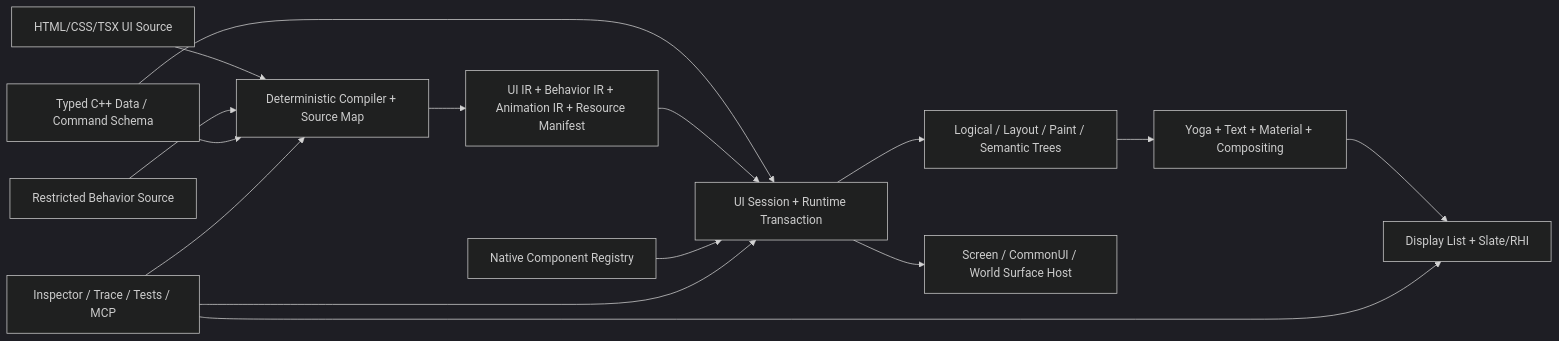
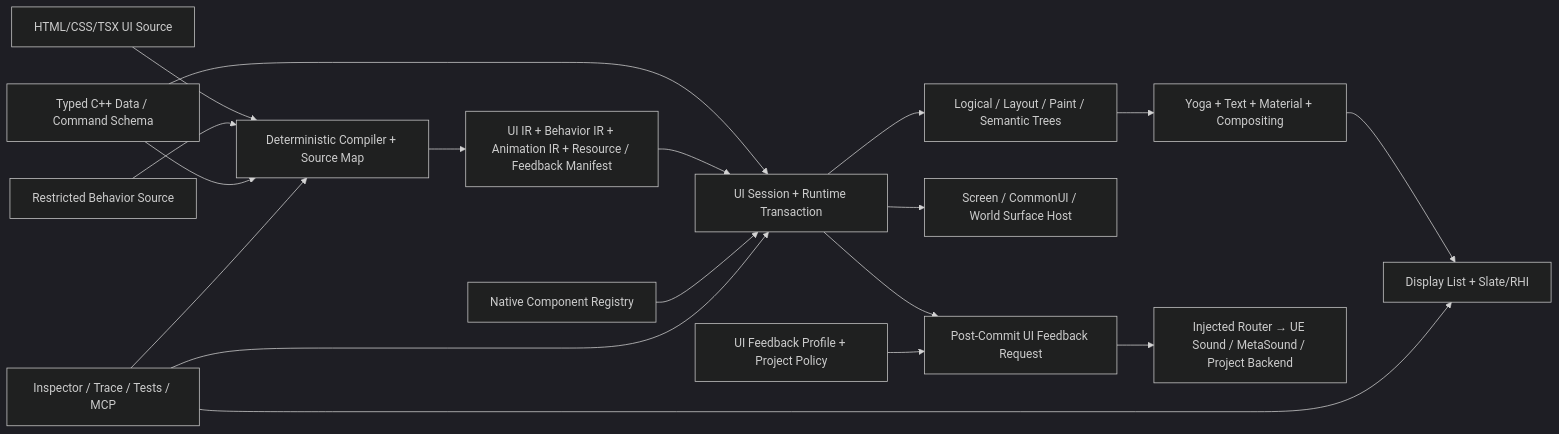
One commit to Dershine/WebToUE changed the diagram in Plugins/WebToUE/Docs/WTUE_TechnicalSummary.md. Above: the diagram before and after it, drawn with Mermaid (dark theme). The commit also changed other lines of this file and 5 other files, not shown here.

Commit message:
docs: add UI feedback architecture roadmap

````diff
--- a/Plugins/WebToUE/Docs/WTUE_TechnicalSummary.md
+++ b/Plugins/WebToUE/Docs/WTUE_TechnicalSummary.md
@@ -151,17 +153,20 @@
 ```mermaid
 flowchart LR
     A["HTML/CSS/TSX UI Source"] --> C["Deterministic Compiler + Source Map"]
     B["Restricted Behavior Source"] --> C
-    C --> D["UI IR + Behavior IR + Animation IR + Resource Manifest"]
+    C --> D["UI IR + Behavior IR + Animation IR + Resource / Feedback Manifest"]
     S["Typed C++ Data / Command Schema"] --> C
     S --> E["UI Session + Runtime Transaction"]
     D --> E
     N["Native Component Registry"] --> E
     E --> F["Logical / Layout / Paint / Semantic Trees"]
     F --> G["Yoga + Text + Material + Compositing"]
     G --> H["Display List + Slate/RHI"]
     E --> I["Screen / CommonUI / World Surface Host"]
+    E --> K["Post-Commit UI Feedback Request"]
+    P["UI Feedback Profile + Project Policy"] --> K
+    K --> Q["Injected Router → UE Sound / MetaSound / Project Backend"]
     J["Inspector / Trace / Tests / MCP"] --> C
     J --> E
     J --> H
 ```
````
